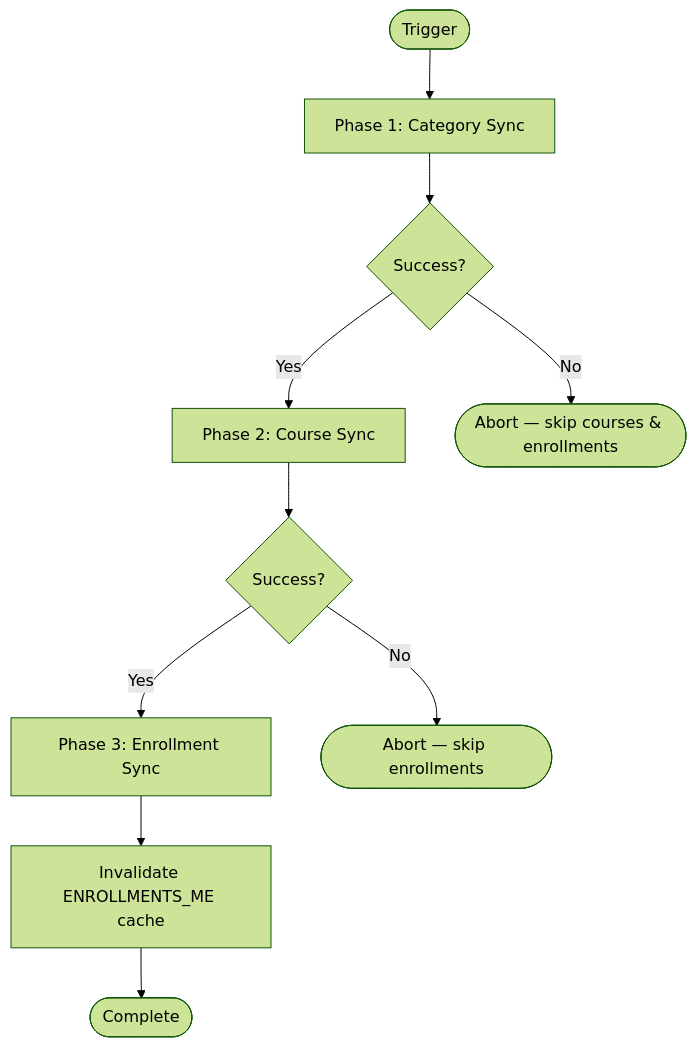
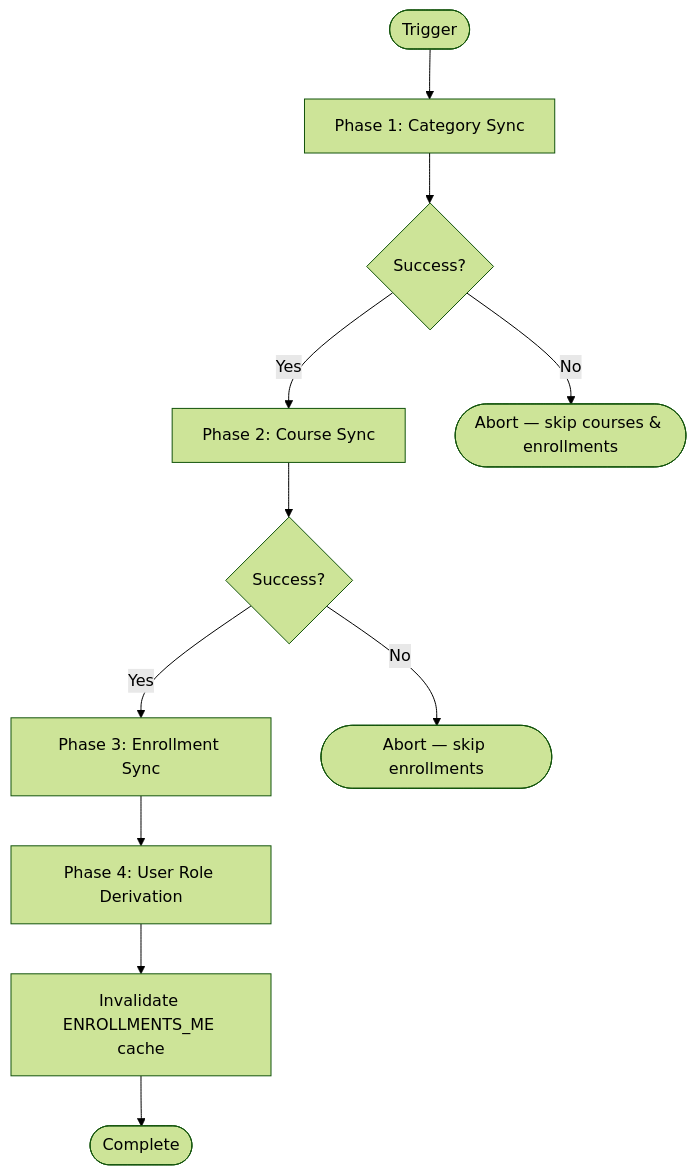
The diagram in docs/workflows/institutional-sync.md (CtrlAltElite-Devs/api.faculytics), drawn with Mermaid (forest theme) before and after one commit. The commit also changed other lines of this file and 91 other files, not shown here.

````diff
--- a/docs/workflows/institutional-sync.md
+++ b/docs/workflows/institutional-sync.md
@@ -25,12 +25,13 @@
 ```mermaid
 flowchart TD
     Start([Trigger]) --> Categories[Phase 1: Category Sync]
     Categories --> CatOK{Success?}
     CatOK -->|Yes| Courses[Phase 2: Course Sync]
     CatOK -->|No| Abort1([Abort — skip courses & enrollments])
     Courses --> CourseOK{Success?}
     CourseOK -->|Yes| Enrollments[Phase 3: Enrollment Sync]
     CourseOK -->|No| Abort2([Abort — skip enrollments])
-    Enrollments --> Cache[Invalidate ENROLLMENTS_ME cache]
+    Enrollments --> Roles[Phase 4: User Role Derivation]
+    Roles --> Cache[Invalidate ENROLLMENTS_ME cache]
     Cache --> Done([Complete])
 ```
````
